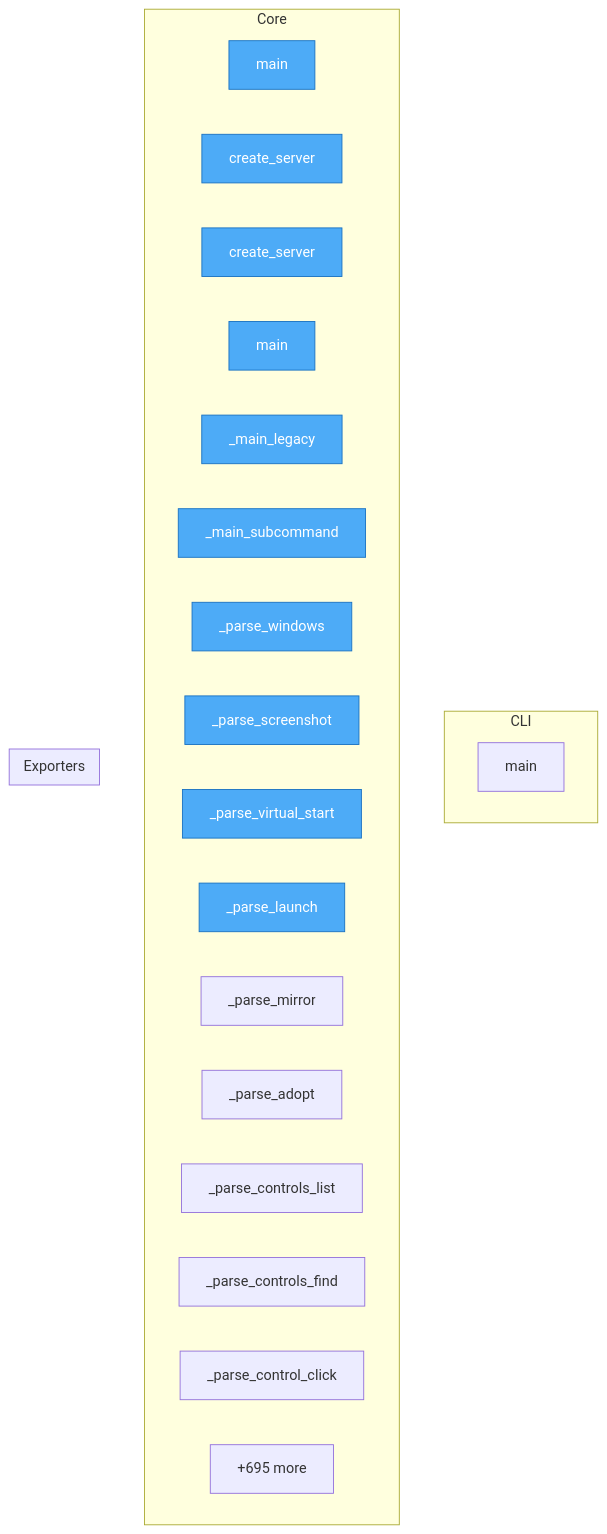
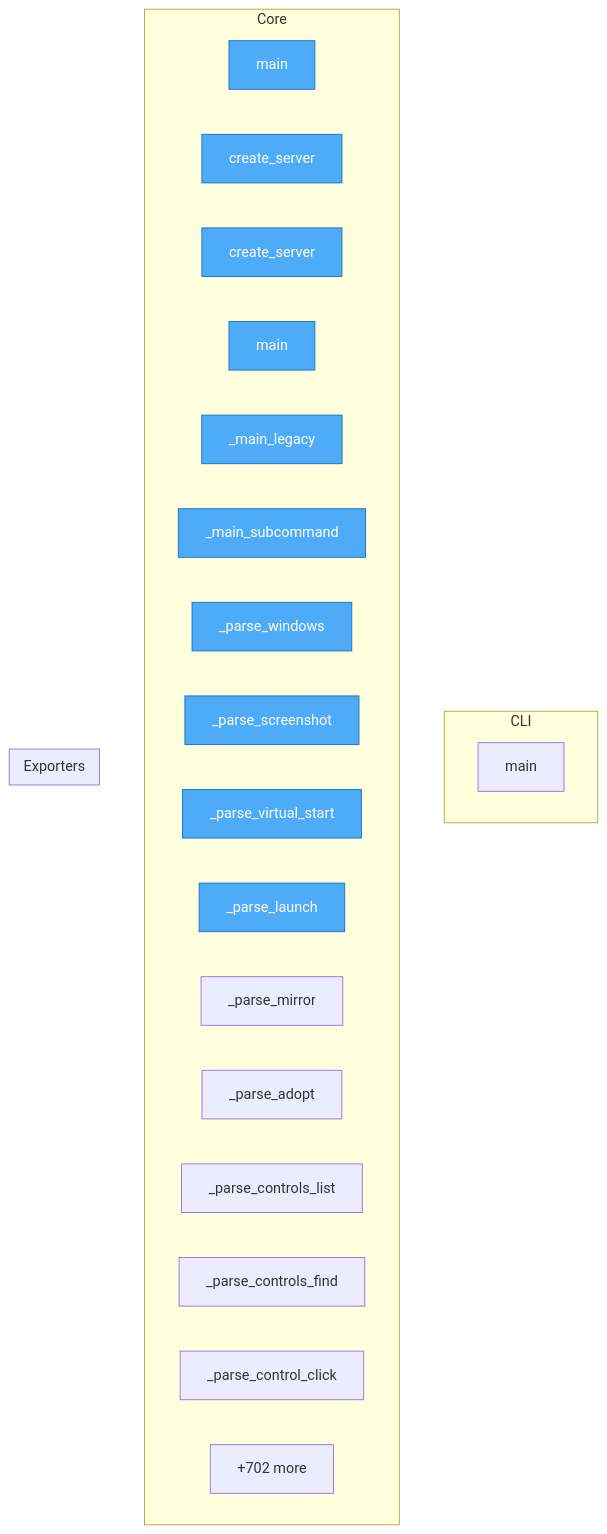
The diagram in project/flow.mmd (wronai/vdisplay), drawn with Mermaid before and after one commit. The commit also changed 45 other files, not shown here.

```diff
--- a/project/flow.mmd
+++ b/project/flow.mmd
@@ -1,33 +1,33 @@
 flowchart TD
-%% generated in 0.05s
+%% generated in 0.04s
 
     %% Entry points (blue)
     classDef entry fill:#4dabf7,stroke:#1971c2,color:#fff
 
     subgraph CLI
         packages__cli2vdisplay__src__cli2vdisplay__cli__main["main"]
     end
 
     subgraph Core
         packages__mcp2vdisplay__src__mcp2vdisplay__cli__main["main"]
         packages__mcp2vdisplay__src__mcp2vdisplay__cli__create_server["create_server"]
         packages__mcp2vdisplay__src__mcp2vdisplay__server__create_server["create_server"]
         packages__dsl2vdisplay__src__dsl2vdisplay__cli__main["main"]
         packages__dsl2vdisplay__src__dsl2vdisplay__cli___main_legacy["_main_legacy"]
         packages__dsl2vdisplay__src__dsl2vdisplay__cli___main_subcommand["_main_subcommand"]
         packages__dsl2vdisplay__src__dsl2vdisplay__grammar___parse_windows["_parse_windows"]
         packages__dsl2vdisplay__src__dsl2vdisplay__grammar___parse_screenshot["_parse_screenshot"]
         packages__dsl2vdisplay__src__dsl2vdisplay__grammar___parse_virtual_start["_parse_virtual_start"]
         packages__dsl2vdisplay__src__dsl2vdisplay__grammar___parse_launch["_parse_launch"]
         packages__dsl2vdisplay__src__dsl2vdisplay__grammar___parse_mirror["_parse_mirror"]
         packages__dsl2vdisplay__src__dsl2vdisplay__grammar___parse_adopt["_parse_adopt"]
         packages__dsl2vdisplay__src__dsl2vdisplay__grammar___parse_controls_list["_parse_controls_list"]
         packages__dsl2vdisplay__src__dsl2vdisplay__grammar___parse_controls_find["_parse_controls_find"]
         packages__dsl2vdisplay__src__dsl2vdisplay__grammar___parse_control_click["_parse_control_click"]
-        ...["+695 more"]
+        ...["+702 more"]
     end
 
     subgraph Exporters
     end
 
     class packages__mcp2vdisplay__src__mcp2vdisplay__cli__main,packages__mcp2vdisplay__src__mcp2vdisplay__cli__create_server,packages__mcp2vdisplay__src__mcp2vdisplay__server__create_server,packages__dsl2vdisplay__src__dsl2vdisplay__cli__main,packages__dsl2vdisplay__src__dsl2vdisplay__cli___main_legacy,packages__dsl2vdisplay__src__dsl2vdisplay__cli___main_subcommand,packages__dsl2vdisplay__src__dsl2vdisplay__grammar___parse_windows,packages__dsl2vdisplay__src__dsl2vdisplay__grammar___parse_screenshot,packages__dsl2vdisplay__src__dsl2vdisplay__grammar___parse_virtual_start,packages__dsl2vdisplay__src__dsl2vdisplay__grammar___parse_launch entry
```
